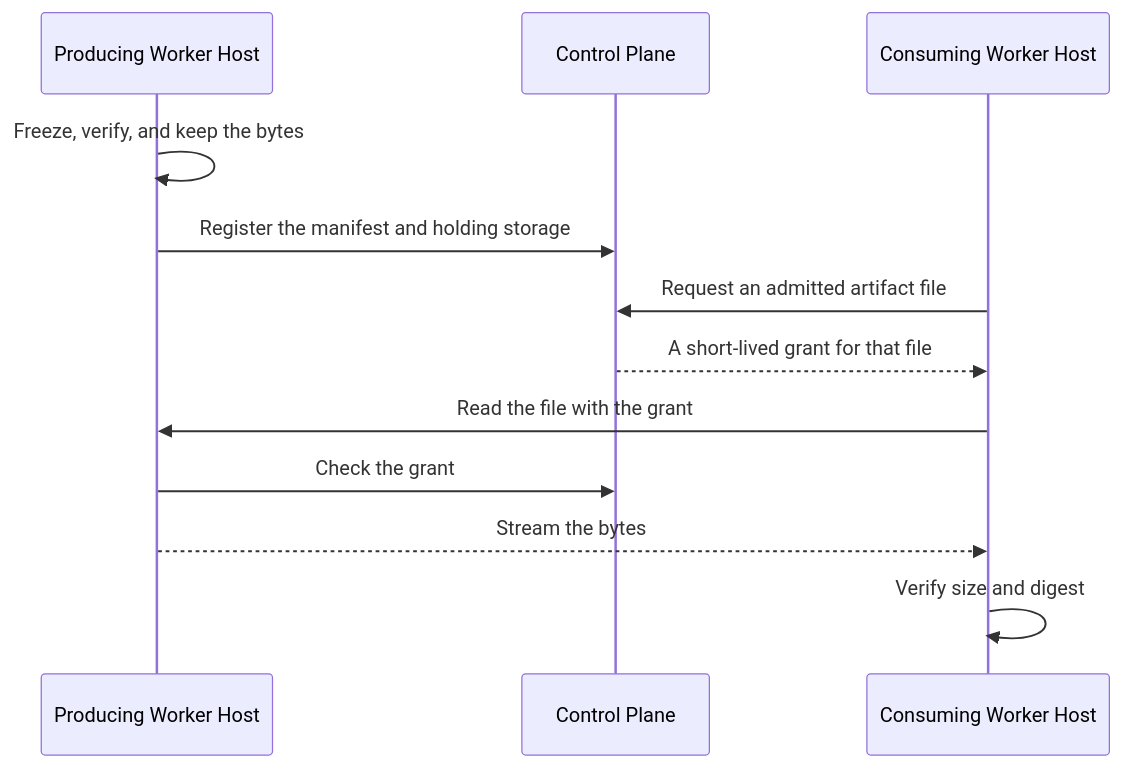
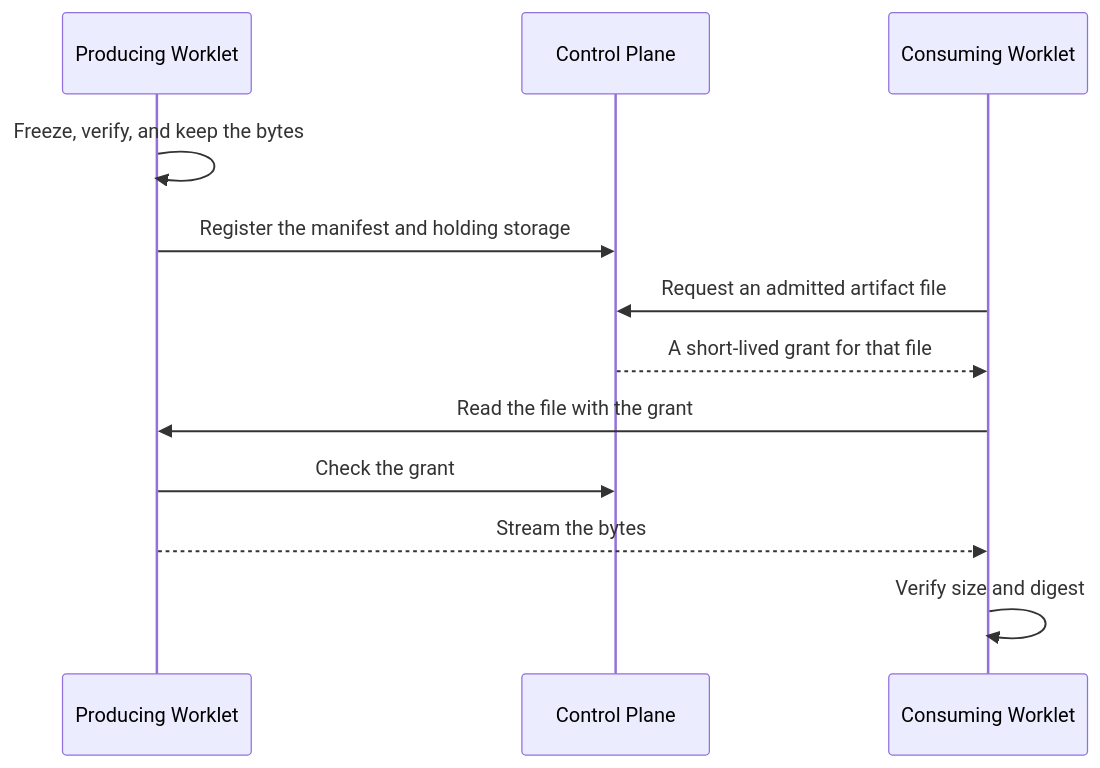
One commit to atemaguer/supertag changed the diagram in docs/reference/artifacts.md. Above: the diagram before and after it, drawn with Mermaid. The commit also changed other lines of this file and 10 other files, not shown here.

Commit message:
docs: name the Worklet or Worker where Worker Host meant the program

````diff
--- a/docs/reference/artifacts.md
+++ b/docs/reference/artifacts.md
@@ -26,15 +26,15 @@
 ```mermaid
 sequenceDiagram
-    participant Producer as Producing Worker Host
+    participant Producer as Producing Worklet
     participant Control as Control Plane
-    participant Consumer as Consuming Worker Host
+    participant Consumer as Consuming Worklet
 
     Producer->>Producer: Freeze, verify, and keep the bytes
     Producer->>Control: Register the manifest and holding storage
     Consumer->>Control: Request an admitted artifact file
     Control-->>Consumer: A short-lived grant for that file
     Consumer->>Producer: Read the file with the grant
     Producer->>Control: Check the grant
     Producer-->>Consumer: Stream the bytes
     Consumer->>Consumer: Verify size and digest
 ```
````
